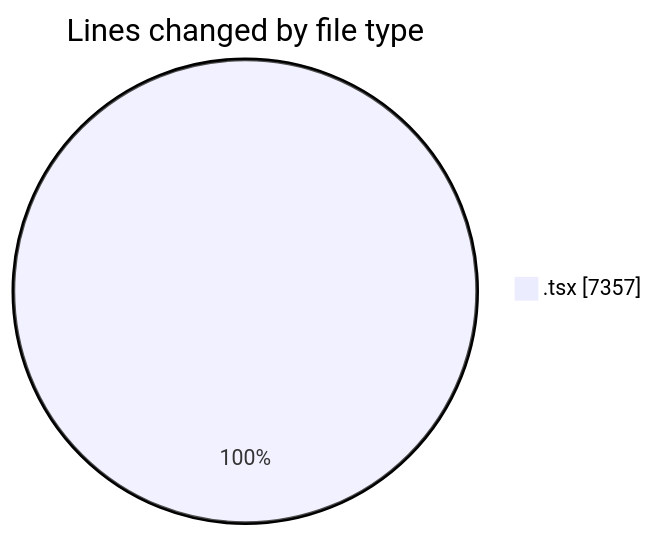
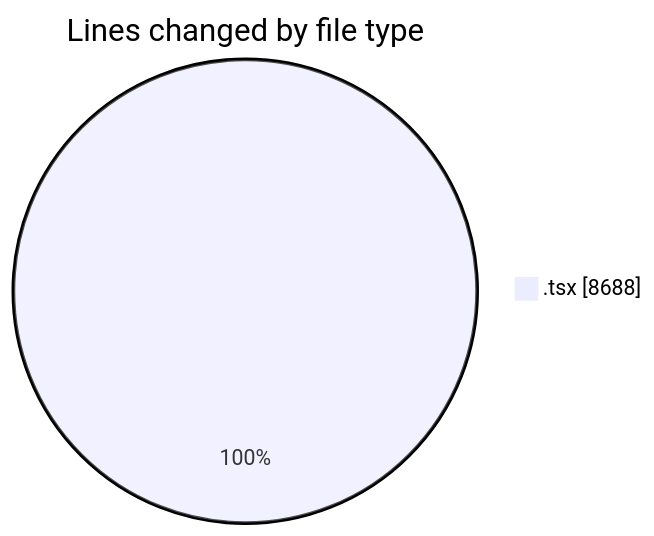
The first of 2 diagrams in 2026-06-17/nxtqube_webapp/README.md (nxtqubesakshisongat/code-tracking), drawn with Mermaid before and after one commit. The commit also changed other lines of this file and 1 other file, not shown here.

````diff
--- a/2026-06-17/nxtqube_webapp/README.md
+++ b/2026-06-17/nxtqube_webapp/README.md
@@ -31,5 +32,5 @@
 ```mermaid
 pie showData
 title Lines changed by file type
-".tsx" : 7357
+".tsx" : 8688
 ```
````
